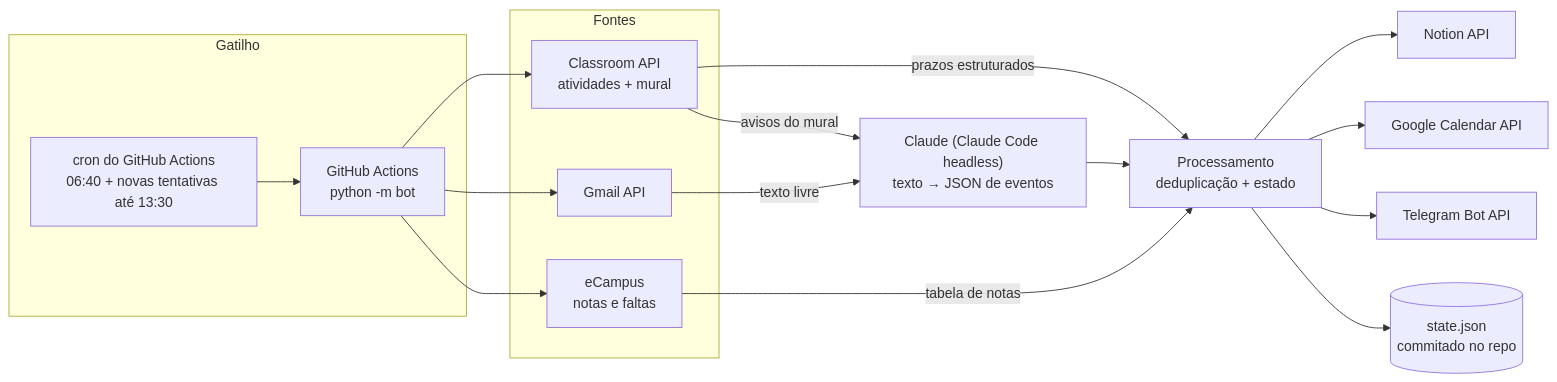
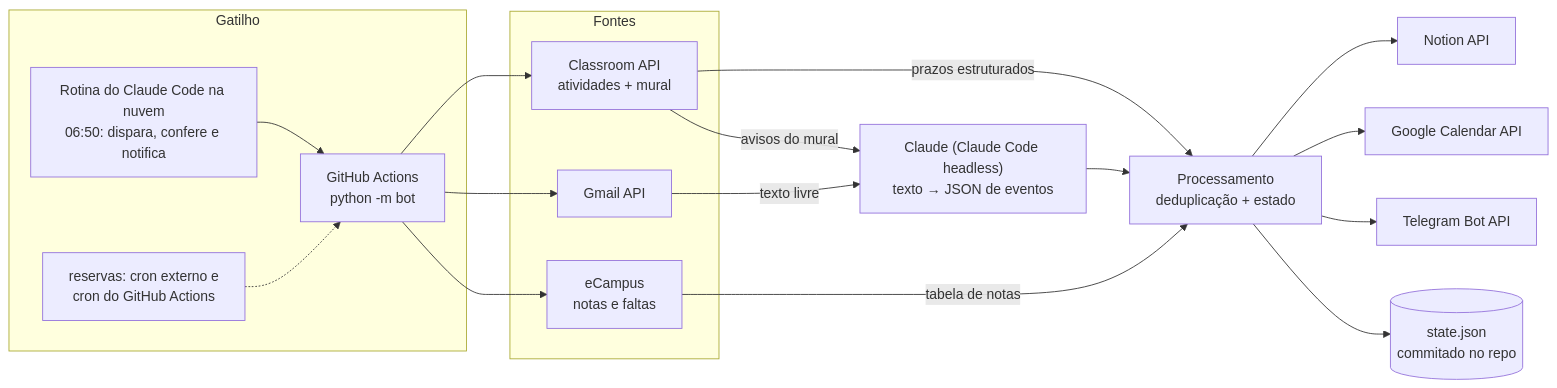
Before and after one commit to samymallmann/assistente-academico: the diagram in README.md, drawn with Mermaid. The commit also changed other lines of this file and 1 other file, not shown here.

First line of the commit message:
README: disparo pela rotina do Claude Code, reservas e consumo de tokens; log de tokens

````diff
--- a/README.md
+++ b/README.md
@@ -60,25 +60,26 @@
 ```mermaid
 flowchart LR
     subgraph Gatilho
-        CR["cron do GitHub Actions<br/>06:40 + novas tentativas até 13:30"] --> GA
+        RT["Rotina do Claude Code na nuvem<br/>06:50: dispara, confere e notifica"] --> GA
+        CR["reservas: cron externo e<br/>cron do GitHub Actions"] -.-> GA
     end
     GA["GitHub Actions<br/>python -m bot"]
 
     subgraph Fontes
         CL["Classroom API<br/>atividades + mural"]
         GM["Gmail API"]
         EC["eCampus<br/>notas e faltas"]
     end
 
     GA --> CL & GM & EC
     CL -->|prazos estruturados| PROC
     EC -->|tabela de notas| PROC
     GM -->|texto livre| LLM
     CL -->|avisos do mural| LLM
     LLM["Claude (Claude Code headless)<br/>texto → JSON de eventos"] --> PROC
 
     PROC["Processamento<br/>deduplicação + estado"] --> NO["Notion API"]
     PROC --> CA["Google Calendar API"]
     PROC --> TG["Telegram Bot API"]
     PROC --> ST[("state.json<br/>commitado no repo")]
 ```
````
